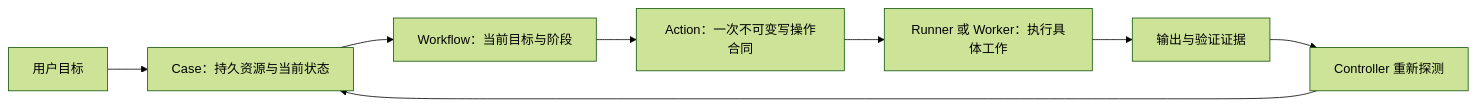
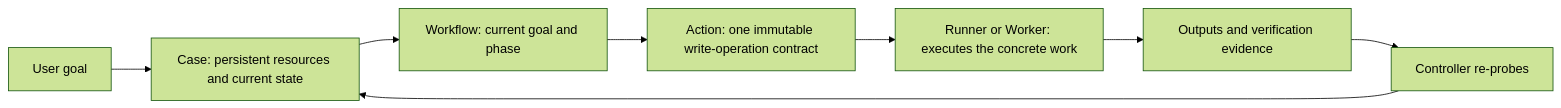
Before and after one commit to StaticObserver/entity-skills: the first of 2 diagrams in design/current-entity-router-architecture-2026-07-19.md, drawn with Mermaid (forest theme). The commit also changed other lines of this file and 108 other files, not shown here.

````diff
--- a/design/current-entity-router-architecture-2026-07-19.md
+++ b/design/current-entity-router-architecture-2026-07-19.md
@@ -171,10 +171,10 @@
 ```mermaid
 flowchart LR
-    U["用户目标"] --> C["Case：持久资源与当前状态"]
-    C --> W["Workflow：当前目标与阶段"]
-    W --> A["Action：一次不可变写操作合同"]
-    A --> X["Runner 或 Worker：执行具体工作"]
-    X --> E["输出与验证证据"]
-    E --> V["Controller 重新探测"]
+    U["User goal"] --> C["Case: persistent resources and current state"]
+    C --> W["Workflow: current goal and phase"]
+    W --> A["Action: one immutable write-operation contract"]
+    A --> X["Runner or Worker: executes the concrete work"]
+    X --> E["Outputs and verification evidence"]
+    E --> V["Controller re-probes"]
     V --> C
 ```
````
